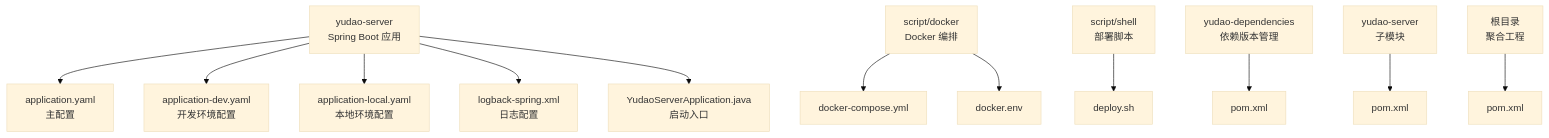
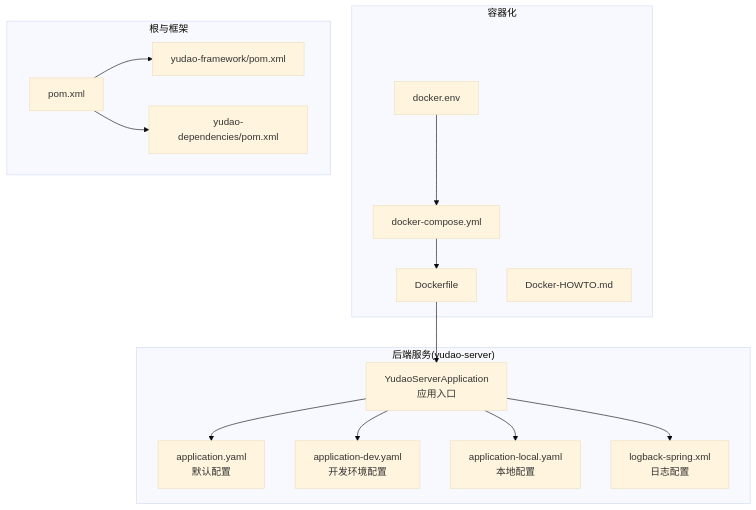
The first of 6 diagrams in .qoder/repowiki/zh/content/故障排查/启动问题排查.md (xiaoche80s-tech/rouyi-vue-pro), drawn with Mermaid (base theme) before and after one commit. The commit also changed other lines of this file and 840 other files, not shown here.

````diff
--- a/.qoder/repowiki/zh/content/故障排查/启动问题排查.md
+++ b/.qoder/repowiki/zh/content/故障排查/启动问题排查.md
@@ -37,14 +40,30 @@
 ```mermaid
 graph TB
-A["yudao-server<br/>Spring Boot 应用"] --> B["application.yaml<br/>主配置"]
-A --> C["application-dev.yaml<br/>开发环境配置"]
-A --> D["application-local.yaml<br/>本地环境配置"]
-A --> E["logback-spring.xml<br/>日志配置"]
-A --> F["YudaoServerApplication.java<br/>启动入口"]
-G["script/docker<br/>Docker 编排"] --> H["docker-compose.yml"]
-G --> I["docker.env"]
-J["script/shell<br/>部署脚本"] --> K["deploy.sh"]
-L["yudao-dependencies<br/>依赖版本管理"] --> M["pom.xml"]
-N["yudao-server<br/>子模块"] --> O["pom.xml"]
-P["根目录<br/>聚合工程"] --> Q["pom.xml"]
+subgraph "后端服务(yudao-server)"
+A["YudaoServerApplication<br/>应用入口"]
+B["application.yaml<br/>默认配置"]
+C["application-dev.yaml<br/>开发环境配置"]
+D["application-local.yaml<br/>本地配置"]
+E["logback-spring.xml<br/>日志配置"]
+end
+subgraph "容器化"
+F["Dockerfile"]
+G["docker-compose.yml"]
+H["docker.env"]
+I["Docker-HOWTO.md"]
+end
+subgraph "根与框架"
+J["pom.xml"]
+K["yudao-framework/pom.xml"]
+L["yudao-dependencies/pom.xml"]
+end
+A --> B
+A --> C
+A --> D
+A --> E
+F --> A
+G --> F
+H --> G
+J --> K
+J --> L
 ```
````
